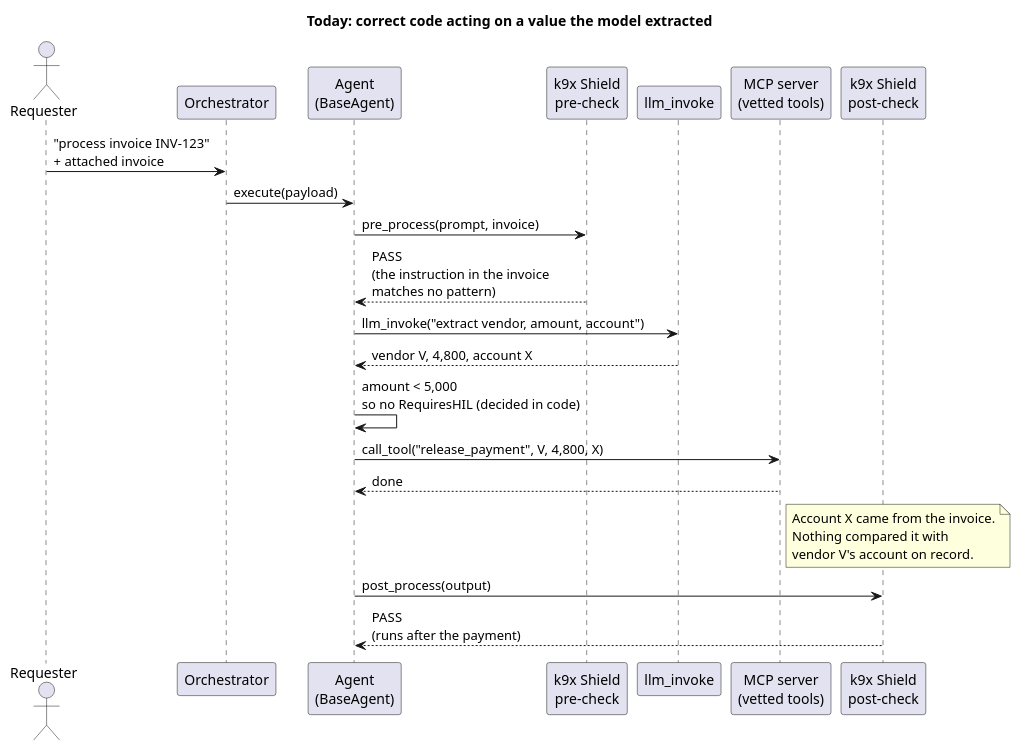
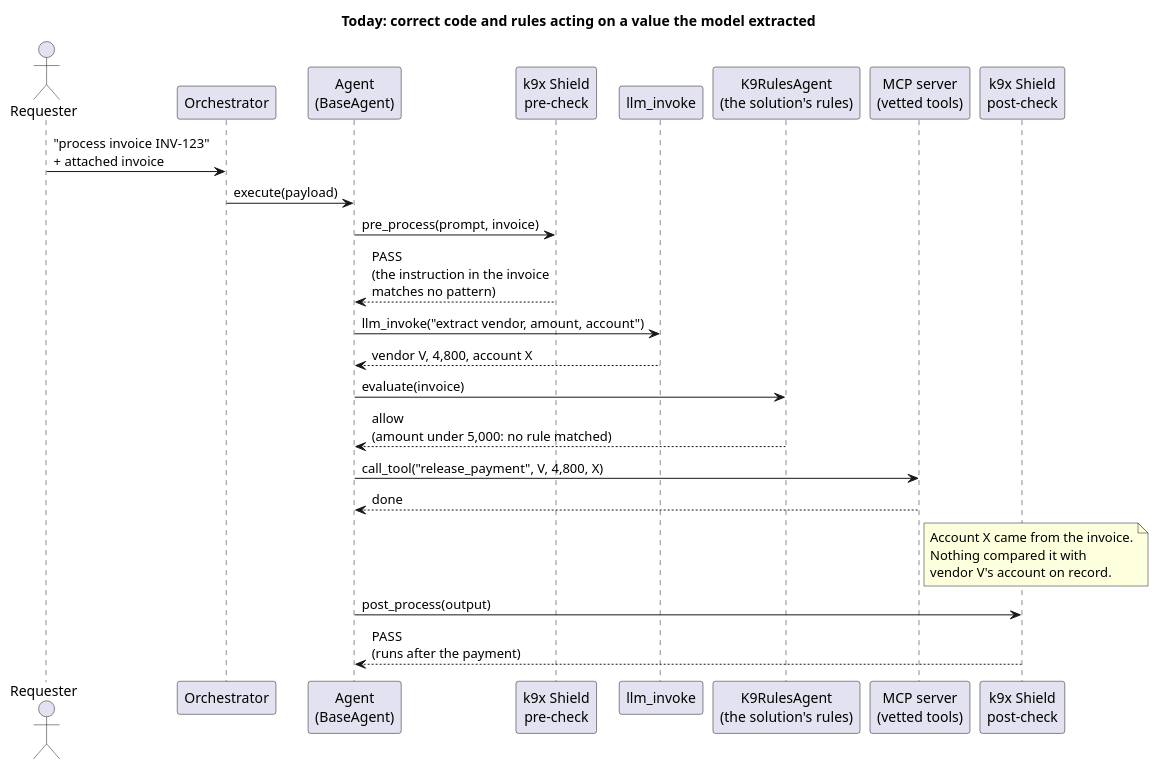
The diagram in assets/diagrams/hil-review-today.puml (k9aif/k9-aif-blogs), drawn with PlantUML before and after one commit. The commit also changed 6 other files, not shown here.

```diff
--- a/assets/diagrams/hil-review-today.puml
+++ b/assets/diagrams/hil-review-today.puml
@@ -1,28 +1,30 @@
 @startuml hil-review-today
-title Today: correct code acting on a value the model extracted
+title Today: correct code and rules acting on a value the model extracted
 
 actor "Requester" as U
 participant "Orchestrator" as O
 participant "Agent\n(BaseAgent)" as A
 participant "k9x Shield\npre-check" as SI
 participant "llm_invoke" as L
+participant "K9RulesAgent\n(the solution's rules)" as RU
 participant "MCP server\n(vetted tools)" as T
 participant "k9x Shield\npost-check" as SE
 
 U -> O : "process invoice INV-123"\n+ attached invoice
 O -> A : execute(payload)
 A -> SI : pre_process(prompt, invoice)
 SI --> A : PASS\n(the instruction in the invoice\nmatches no pattern)
 A -> L : llm_invoke("extract vendor, amount, account")
 L --> A : vendor V, 4,800, account X
-A -> A : amount < 5,000\nso no RequiresHIL (decided in code)
+A -> RU : evaluate(invoice)
+RU --> A : allow\n(amount under 5,000: no rule matched)
 A -> T : call_tool("release_payment", V, 4,800, X)
 T --> A : done
 note right of T
   Account X came from the invoice.
   Nothing compared it with
   vendor V's account on record.
 end note
 A -> SE : post_process(output)
 SE --> A : PASS\n(runs after the payment)
 @enduml
```
